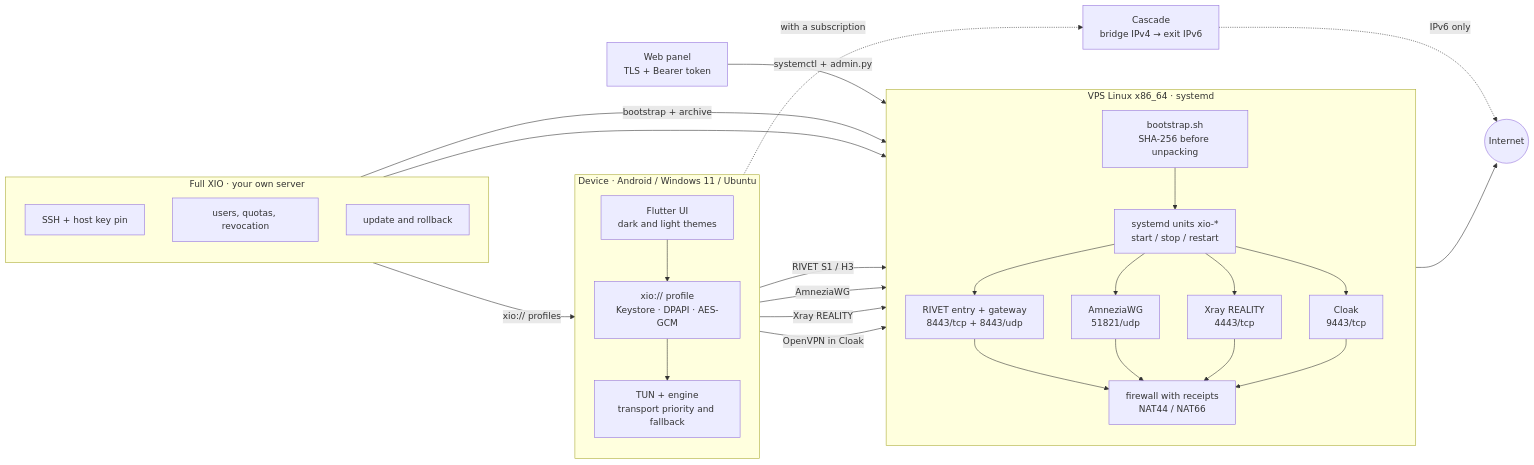
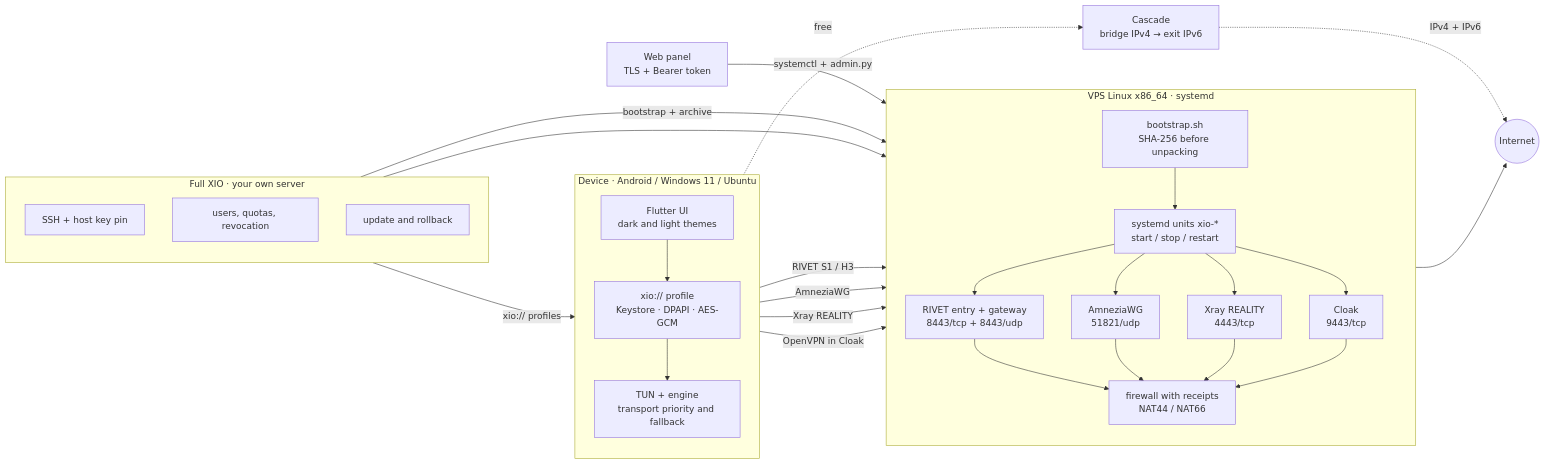
The first of 4 diagrams in README.md (rukazax/xio_vpn), drawn with Mermaid before and after one commit. The commit also changed other lines of this file and 7 other files, not shown here.

````diff
--- a/README.md
+++ b/README.md
@@ -104,57 +104,57 @@
 ```mermaid
 flowchart LR
   subgraph DEV["Device · Android / Windows 11 / Ubuntu"]
     direction TB
     UI["Flutter UI<br/>dark and light themes"]
     PROF["xio:// profile<br/>Keystore · DPAPI · AES-GCM"]
     ENG["TUN + engine<br/>transport priority and fallback"]
   end
 
   subgraph FULL["Full XIO · your own server"]
     direction TB
     SSH["SSH + host key pin"]
     USERS["users, quotas, revocation"]
     UPD["update and rollback"]
   end
 
   subgraph VPS["VPS Linux x86_64 · systemd"]
     direction TB
     BOOT["bootstrap.sh<br/>SHA-256 before unpacking"]
     UNITS["systemd units xio-*<br/>start / stop / restart"]
     RIVET["RIVET entry + gateway<br/>8443/tcp + 8443/udp"]
     AWG["AmneziaWG<br/>51821/udp"]
     XRAY["Xray REALITY<br/>4443/tcp"]
     CLOAK["Cloak<br/>9443/tcp"]
     FW["firewall with receipts<br/>NAT44 / NAT66"]
   end
 
   NET(("Internet"))
   CASCADE["Cascade<br/>bridge IPv4 → exit IPv6"]
   WEB["Web panel<br/>TLS + Bearer token"]
 
   UI --> PROF
   PROF --> ENG
   ENG -->|"RIVET S1 / H3"| RIVET
   ENG -->|"AmneziaWG"| AWG
   ENG -->|"Xray REALITY"| XRAY
   ENG -->|"OpenVPN in Cloak"| CLOAK
 
   SSH -->|"bootstrap + archive"| BOOT
   BOOT --> UNITS
   UNITS --> RIVET
   UNITS --> AWG
   UNITS --> XRAY
   UNITS --> CLOAK
   USERS -->|"xio:// profiles"| PROF
   UPD --> BOOT
 
   RIVET --> FW
   AWG --> FW
   XRAY --> FW
   CLOAK --> FW
   FW --> NET
 
-  ENG -.->|"with a subscription"| CASCADE
-  CASCADE -.->|"IPv6 only"| NET
+  ENG -.->|"free"| CASCADE
+  CASCADE -.->|"IPv4 + IPv6"| NET
   WEB -->|"systemctl + admin.py"| UNITS
 ```
````
